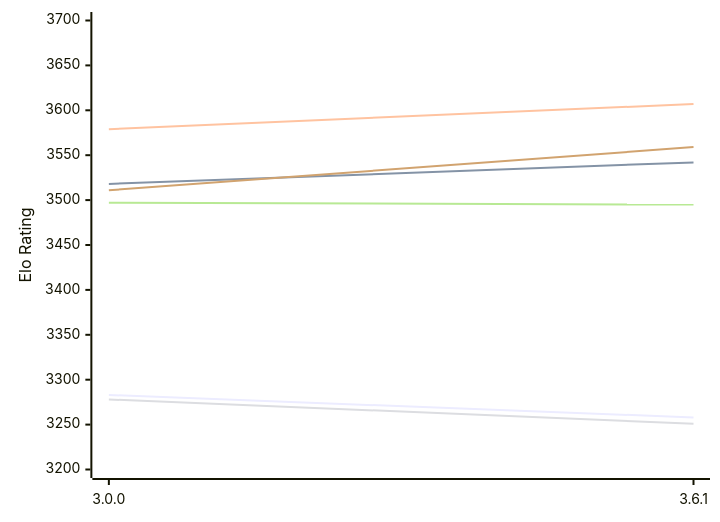
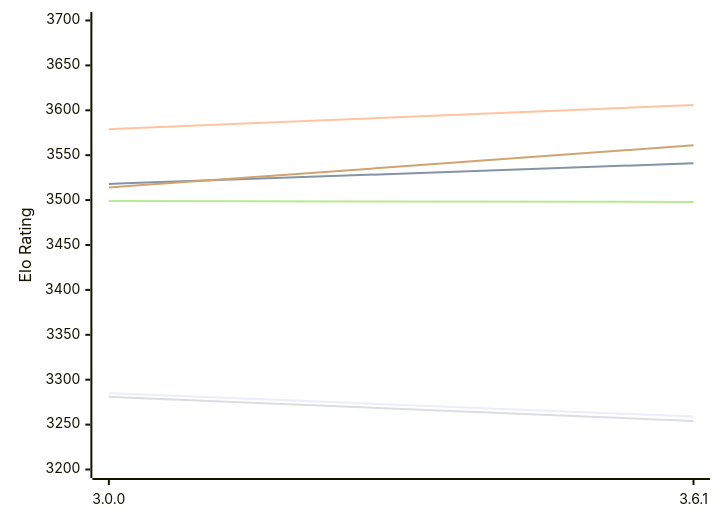
Before and after one commit to computer-chess-index/cci: the diagram in engines/Peras.md, drawn with Mermaid. The commit also changed other lines of this file, not shown here.

Commit message:
Update CCI Ratings (ELO VLTC) - 2026-11-24

````diff
--- a/engines/Peras.md
+++ b/engines/Peras.md
@@ -49,12 +49,12 @@
 ```mermaid
 %%{init: {"theme":"base","themeVariables":{"seriesColors:['#a3a3a3','#222221','#faa371']}}}%%
 xychart-beta
   x-axis ["3.0.0", "3.6.1"]
   y-axis "Elo Rating" 3200 --> 3700
-  line "E1: STC (8.0+0.08s)" [3283, 3258]
-  line "E1: LTC (60.0+0.60s)" [3518, 3542]
-  line "E1: VLTC (2m24s+1.12s)" [3579, 3607]
-  line "P1: STC (8.0+0.08s)" [3278, 3251]
-  line "P1: LTC (60.0+0.60s)" [3497, 3495]
-  line "P1: VLTC (2m24s+1.12s)" [3511, 3559]
+  line "E1: STC (8.0+0.08s)" [3285, 3259]
+  line "E1: LTC (60.0+0.60s)" [3518, 3541]
+  line "E1: VLTC (2m24s+1.12s)" [3579, 3606]
+  line "P1: STC (8.0+0.08s)" [3281, 3254]
+  line "P1: LTC (60.0+0.60s)" [3499, 3498]
+  line "P1: VLTC (2m24s+1.12s)" [3514, 3561]
 ```
````
